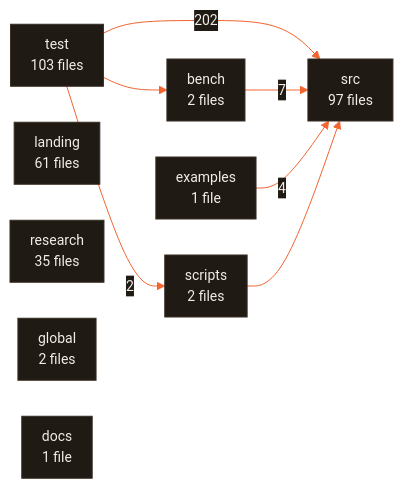
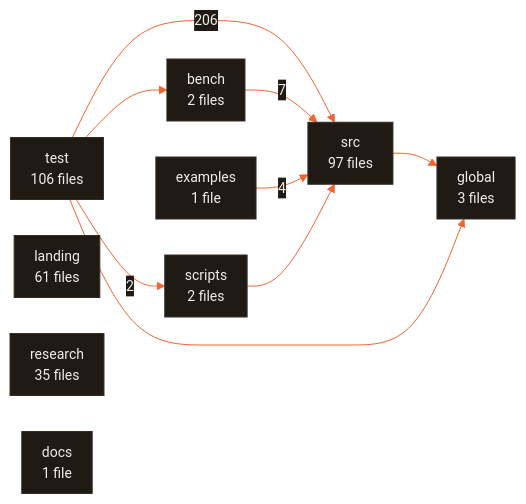
Before and after one commit to CodeWithJuber/forgekit: the fifth of 5 diagrams in ARCHITECTURE.md, drawn with Mermaid. The commit also changed 20 other files, not shown here.

````diff
--- a/ARCHITECTURE.md
+++ b/ARCHITECTURE.md
@@ -581,19 +581,21 @@
 ```mermaid
 %%{init: {'theme':'base','themeVariables':{'primaryColor':'#201a15','primaryTextColor':'#f2ede7','primaryBorderColor':'#372c22','lineColor':'#f26430','secondaryColor':'#272019','tertiaryColor':'#171310','edgeLabelBackground':'#201a15','clusterBkg':'#171310','clusterBorder':'#4a3b2e','fontFamily':'ui-sans-serif, system-ui, sans-serif','fontSize':'14px'},'flowchart':{'curve':'basis','padding':10,'nodeSpacing':36,'rankSpacing':44}}}%%
 flowchart LR
-  test["test<br/>103 files"]
+  test["test<br/>106 files"]
   src["src<br/>97 files"]
   landing["landing<br/>61 files"]
   research["research<br/>35 files"]
+  global["global<br/>3 files"]
   bench["bench<br/>2 files"]
-  global["global<br/>2 files"]
   scripts["scripts<br/>2 files"]
   docs["docs<br/>1 file"]
   examples["examples<br/>1 file"]
-  test -- 202 --> src
+  test -- 206 --> src
   bench -- 7 --> src
   examples -- 4 --> src
   test -- 2 --> scripts
   scripts --> src
+  src --> global
   test --> bench
+  test --> global
 ```
````
